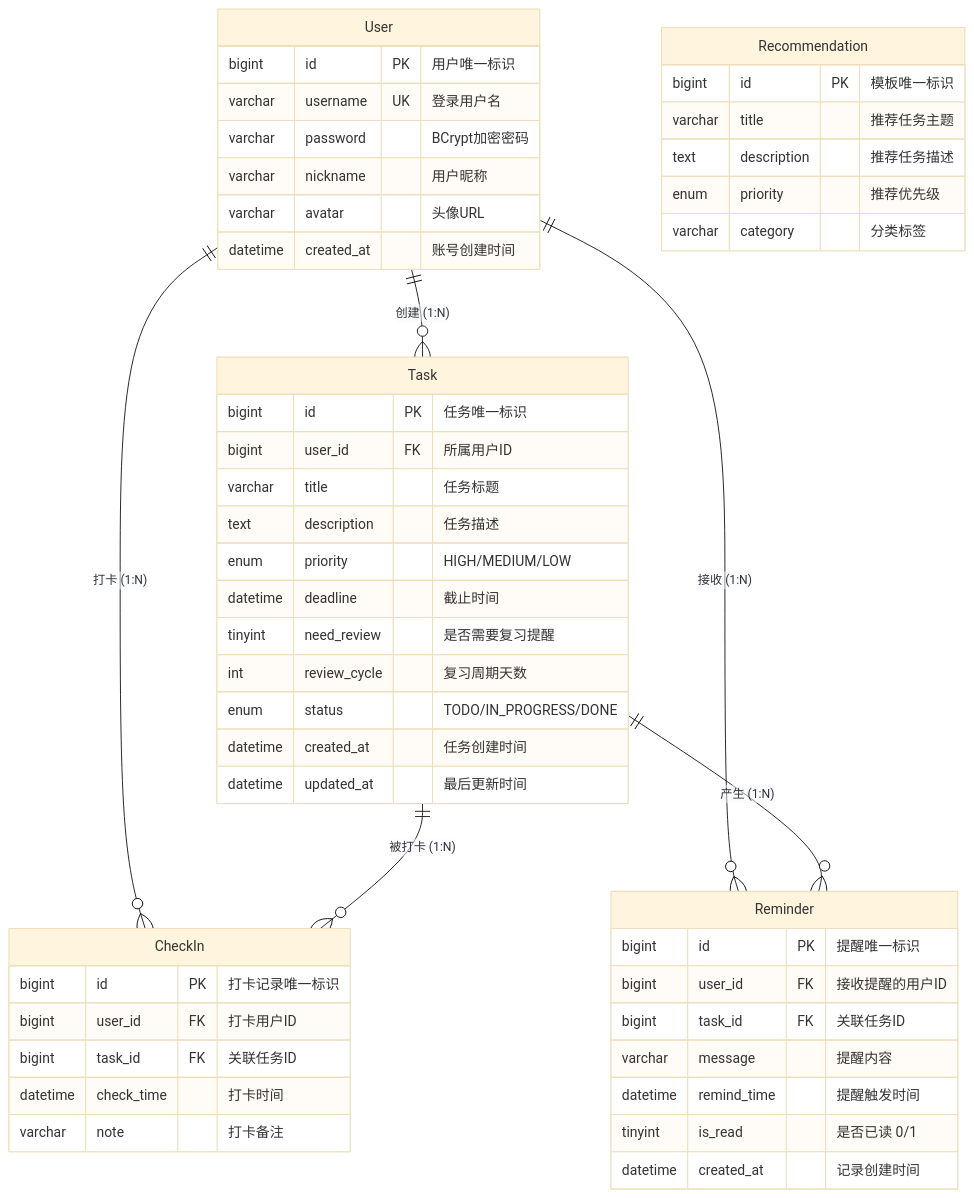
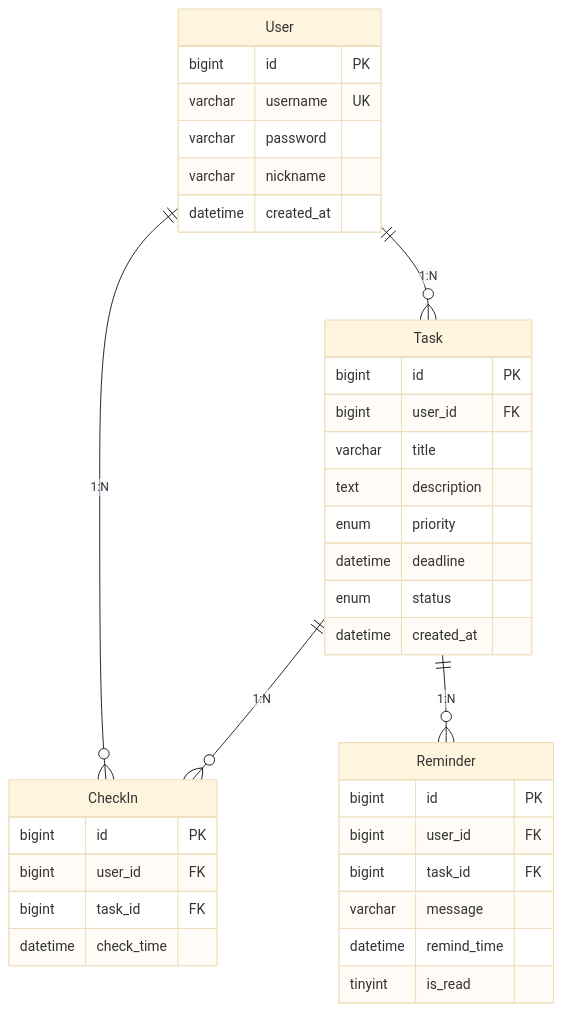
The seventh of 7 diagrams in 需求报告.md (TonyzzZ666/Study-Agent), drawn with Mermaid (base theme) before and after one commit. The commit also changed other lines of this file and 3 other files, not shown here.

````diff
--- a/需求报告.md
+++ b/需求报告.md
@@ -474,57 +261,42 @@
 ```mermaid
 erDiagram
-    User ||--o{ Task : "创建 (1:N)"
-    User ||--o{ CheckIn : "打卡 (1:N)"
-    User ||--o{ Reminder : "接收 (1:N)"
-    Task ||--o{ CheckIn : "被打卡 (1:N)"
-    Task ||--o{ Reminder : "产生 (1:N)"
+    User ||--o{ Task : "1:N"
+    User ||--o{ CheckIn : "1:N"
+    Task ||--o{ CheckIn : "1:N"
+    Task ||--o{ Reminder : "1:N"
 
     User {
-        bigint id PK "用户唯一标识"
-        varchar username UK "登录用户名"
-        varchar password "BCrypt加密密码"
-        varchar nickname "用户昵称"
-        varchar avatar "头像URL"
-        datetime created_at "账号创建时间"
+        bigint id PK
+        varchar username UK
+        varchar password
+        varchar nickname
+        datetime created_at
     }
 
     Task {
-        bigint id PK "任务唯一标识"
-        bigint user_id FK "所属用户ID"
-        varchar title "任务标题"
-        text description "任务描述"
-        enum priority "HIGH/MEDIUM/LOW"
-        datetime deadline "截止时间"
-        tinyint need_review "是否需要复习提醒"
-        int review_cycle "复习周期天数"
-        enum status "TODO/IN_PROGRESS/DONE"
-        datetime created_at "任务创建时间"
-        datetime updated_at "最后更新时间"
+        bigint id PK
+        bigint user_id FK
+        varchar title
+        text description
+        enum priority
+        datetime deadline
+        enum status
+        datetime created_at
     }
 
     CheckIn {
-        bigint id PK "打卡记录唯一标识"
-        bigint user_id FK "打卡用户ID"
-        bigint task_id FK "关联任务ID"
-        datetime check_time "打卡时间"
-        varchar note "打卡备注"
+        bigint id PK
+        bigint user_id FK
+        bigint task_id FK
+        datetime check_time
     }
 
     Reminder {
-        bigint id PK "提醒唯一标识"
-        bigint user_id FK "接收提醒的用户ID"
-        bigint task_id FK "关联任务ID"
-        varchar message "提醒内容"
-        datetime remind_time "提醒触发时间"
-        tinyint is_read "是否已读 0/1"
-        datetime created_at "记录创建时间"
-    }
-
-    Recommendation {
-        bigint id PK "模板唯一标识"
-        varchar title "推荐任务主题"
-        text description "推荐任务描述"
-        enum priority "推荐优先级"
-        varchar category "分类标签"
+        bigint id PK
+        bigint user_id FK
+        bigint task_id FK
+        varchar message
+        datetime remind_time
+        tinyint is_read
     }
 ```
````
